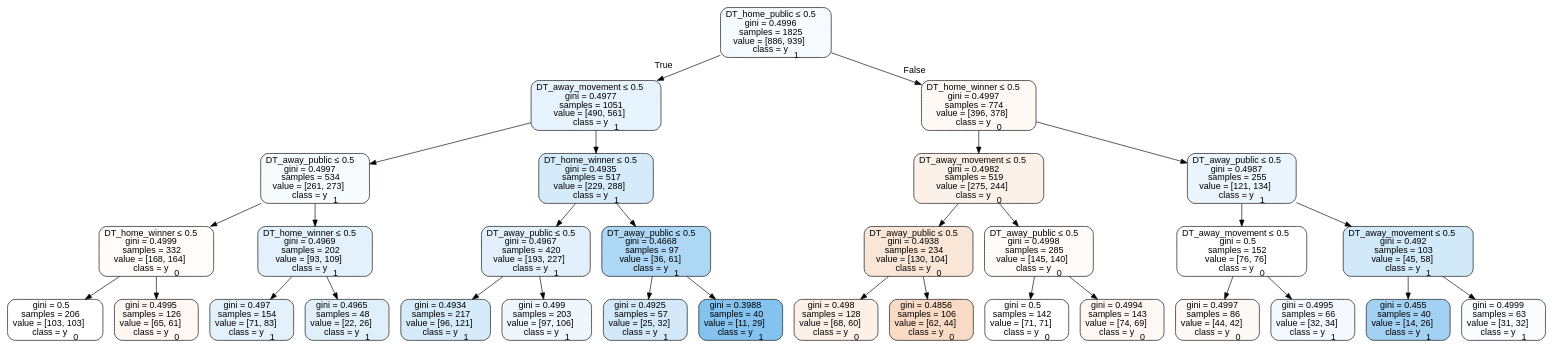
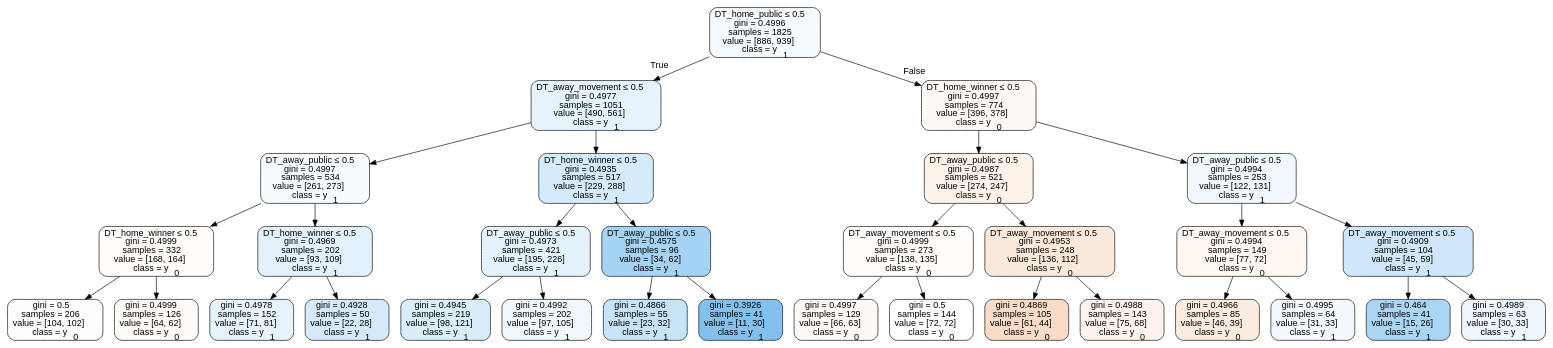
One commit to usbogie/ncaa-bets changed the diagram in tree_data/tree2015neutral.dot. Above: the diagram before and after it, drawn with Graphviz. The commit also changed 32 other files, not shown here.

```diff
--- a/tree_data/tree2015neutral.dot
+++ b/tree_data/tree2015neutral.dot
@@ -1,65 +1,65 @@
 digraph Tree {
 node [shape=box, style="filled, rounded", color="black", fontname=helvetica] ;
 edge [fontname=helvetica] ;
 0 [label=<DT_home_public &le; 0.5<br/>gini = 0.4996<br/>samples = 1825<br/>value = [886, 939]<br/>class = y<SUB>1</SUB>>, fillcolor="#399de50e"] ;
 1 [label=<DT_away_movement &le; 0.5<br/>gini = 0.4977<br/>samples = 1051<br/>value = [490, 561]<br/>class = y<SUB>1</SUB>>, fillcolor="#399de520"] ;
 0 -> 1 [labeldistance=2.5, labelangle=45, headlabel="True"] ;
 2 [label=<DT_away_public &le; 0.5<br/>gini = 0.4997<br/>samples = 534<br/>value = [261, 273]<br/>class = y<SUB>1</SUB>>, fillcolor="#399de50b"] ;
 1 -> 2 ;
 3 [label=<DT_home_winner &le; 0.5<br/>gini = 0.4999<br/>samples = 332<br/>value = [168, 164]<br/>class = y<SUB>0</SUB>>, fillcolor="#e5813906"] ;
 2 -> 3 ;
-4 [label=<gini = 0.5<br/>samples = 206<br/>value = [103, 103]<br/>class = y<SUB>0</SUB>>, fillcolor="#e5813900"] ;
+4 [label=<gini = 0.5<br/>samples = 206<br/>value = [104, 102]<br/>class = y<SUB>0</SUB>>, fillcolor="#e5813905"] ;
 3 -> 4 ;
-5 [label=<gini = 0.4995<br/>samples = 126<br/>value = [65, 61]<br/>class = y<SUB>0</SUB>>, fillcolor="#e5813910"] ;
+5 [label=<gini = 0.4999<br/>samples = 126<br/>value = [64, 62]<br/>class = y<SUB>0</SUB>>, fillcolor="#e5813908"] ;
 3 -> 5 ;
 6 [label=<DT_home_winner &le; 0.5<br/>gini = 0.4969<br/>samples = 202<br/>value = [93, 109]<br/>class = y<SUB>1</SUB>>, fillcolor="#399de525"] ;
 2 -> 6 ;
-7 [label=<gini = 0.497<br/>samples = 154<br/>value = [71, 83]<br/>class = y<SUB>1</SUB>>, fillcolor="#399de525"] ;
+7 [label=<gini = 0.4978<br/>samples = 152<br/>value = [71, 81]<br/>class = y<SUB>1</SUB>>, fillcolor="#399de51f"] ;
 6 -> 7 ;
-8 [label=<gini = 0.4965<br/>samples = 48<br/>value = [22, 26]<br/>class = y<SUB>1</SUB>>, fillcolor="#399de527"] ;
+8 [label=<gini = 0.4928<br/>samples = 50<br/>value = [22, 28]<br/>class = y<SUB>1</SUB>>, fillcolor="#399de537"] ;
 6 -> 8 ;
 9 [label=<DT_home_winner &le; 0.5<br/>gini = 0.4935<br/>samples = 517<br/>value = [229, 288]<br/>class = y<SUB>1</SUB>>, fillcolor="#399de534"] ;
 1 -> 9 ;
-10 [label=<DT_away_public &le; 0.5<br/>gini = 0.4967<br/>samples = 420<br/>value = [193, 227]<br/>class = y<SUB>1</SUB>>, fillcolor="#399de526"] ;
+10 [label=<DT_away_public &le; 0.5<br/>gini = 0.4973<br/>samples = 421<br/>value = [195, 226]<br/>class = y<SUB>1</SUB>>, fillcolor="#399de523"] ;
 9 -> 10 ;
-11 [label=<gini = 0.4934<br/>samples = 217<br/>value = [96, 121]<br/>class = y<SUB>1</SUB>>, fillcolor="#399de535"] ;
+11 [label=<gini = 0.4945<br/>samples = 219<br/>value = [98, 121]<br/>class = y<SUB>1</SUB>>, fillcolor="#399de530"] ;
 10 -> 11 ;
-12 [label=<gini = 0.499<br/>samples = 203<br/>value = [97, 106]<br/>class = y<SUB>1</SUB>>, fillcolor="#399de516"] ;
+12 [label=<gini = 0.4992<br/>samples = 202<br/>value = [97, 105]<br/>class = y<SUB>1</SUB>>, fillcolor="#399de513"] ;
 10 -> 12 ;
-13 [label=<DT_away_public &le; 0.5<br/>gini = 0.4668<br/>samples = 97<br/>value = [36, 61]<br/>class = y<SUB>1</SUB>>, fillcolor="#399de569"] ;
+13 [label=<DT_away_public &le; 0.5<br/>gini = 0.4575<br/>samples = 96<br/>value = [34, 62]<br/>class = y<SUB>1</SUB>>, fillcolor="#399de573"] ;
 9 -> 13 ;
-14 [label=<gini = 0.4925<br/>samples = 57<br/>value = [25, 32]<br/>class = y<SUB>1</SUB>>, fillcolor="#399de538"] ;
+14 [label=<gini = 0.4866<br/>samples = 55<br/>value = [23, 32]<br/>class = y<SUB>1</SUB>>, fillcolor="#399de548"] ;
 13 -> 14 ;
-15 [label=<gini = 0.3988<br/>samples = 40<br/>value = [11, 29]<br/>class = y<SUB>1</SUB>>, fillcolor="#399de59e"] ;
+15 [label=<gini = 0.3926<br/>samples = 41<br/>value = [11, 30]<br/>class = y<SUB>1</SUB>>, fillcolor="#399de5a1"] ;
 13 -> 15 ;
 16 [label=<DT_home_winner &le; 0.5<br/>gini = 0.4997<br/>samples = 774<br/>value = [396, 378]<br/>class = y<SUB>0</SUB>>, fillcolor="#e581390c"] ;
 0 -> 16 [labeldistance=2.5, labelangle=-45, headlabel="False"] ;
-17 [label=<DT_away_movement &le; 0.5<br/>gini = 0.4982<br/>samples = 519<br/>value = [275, 244]<br/>class = y<SUB>0</SUB>>, fillcolor="#e581391d"] ;
+17 [label=<DT_away_public &le; 0.5<br/>gini = 0.4987<br/>samples = 521<br/>value = [274, 247]<br/>class = y<SUB>0</SUB>>, fillcolor="#e5813919"] ;
 16 -> 17 ;
-18 [label=<DT_away_public &le; 0.5<br/>gini = 0.4938<br/>samples = 234<br/>value = [130, 104]<br/>class = y<SUB>0</SUB>>, fillcolor="#e5813933"] ;
+18 [label=<DT_away_movement &le; 0.5<br/>gini = 0.4999<br/>samples = 273<br/>value = [138, 135]<br/>class = y<SUB>0</SUB>>, fillcolor="#e5813906"] ;
 17 -> 18 ;
-19 [label=<gini = 0.498<br/>samples = 128<br/>value = [68, 60]<br/>class = y<SUB>0</SUB>>, fillcolor="#e581391e"] ;
+19 [label=<gini = 0.4997<br/>samples = 129<br/>value = [66, 63]<br/>class = y<SUB>0</SUB>>, fillcolor="#e581390c"] ;
 18 -> 19 ;
-20 [label=<gini = 0.4856<br/>samples = 106<br/>value = [62, 44]<br/>class = y<SUB>0</SUB>>, fillcolor="#e581394a"] ;
+20 [label=<gini = 0.5<br/>samples = 144<br/>value = [72, 72]<br/>class = y<SUB>0</SUB>>, fillcolor="#e5813900"] ;
 18 -> 20 ;
-21 [label=<DT_away_public &le; 0.5<br/>gini = 0.4998<br/>samples = 285<br/>value = [145, 140]<br/>class = y<SUB>0</SUB>>, fillcolor="#e5813909"] ;
+21 [label=<DT_away_movement &le; 0.5<br/>gini = 0.4953<br/>samples = 248<br/>value = [136, 112]<br/>class = y<SUB>0</SUB>>, fillcolor="#e581392d"] ;
 17 -> 21 ;
-22 [label=<gini = 0.5<br/>samples = 142<br/>value = [71, 71]<br/>class = y<SUB>0</SUB>>, fillcolor="#e5813900"] ;
+22 [label=<gini = 0.4869<br/>samples = 105<br/>value = [61, 44]<br/>class = y<SUB>0</SUB>>, fillcolor="#e5813947"] ;
 21 -> 22 ;
-23 [label=<gini = 0.4994<br/>samples = 143<br/>value = [74, 69]<br/>class = y<SUB>0</SUB>>, fillcolor="#e5813911"] ;
+23 [label=<gini = 0.4988<br/>samples = 143<br/>value = [75, 68]<br/>class = y<SUB>0</SUB>>, fillcolor="#e5813918"] ;
 21 -> 23 ;
-24 [label=<DT_away_public &le; 0.5<br/>gini = 0.4987<br/>samples = 255<br/>value = [121, 134]<br/>class = y<SUB>1</SUB>>, fillcolor="#399de519"] ;
+24 [label=<DT_away_public &le; 0.5<br/>gini = 0.4994<br/>samples = 253<br/>value = [122, 131]<br/>class = y<SUB>1</SUB>>, fillcolor="#399de512"] ;
 16 -> 24 ;
-25 [label=<DT_away_movement &le; 0.5<br/>gini = 0.5<br/>samples = 152<br/>value = [76, 76]<br/>class = y<SUB>0</SUB>>, fillcolor="#e5813900"] ;
+25 [label=<DT_away_movement &le; 0.5<br/>gini = 0.4994<br/>samples = 149<br/>value = [77, 72]<br/>class = y<SUB>0</SUB>>, fillcolor="#e5813911"] ;
 24 -> 25 ;
-26 [label=<gini = 0.4997<br/>samples = 86<br/>value = [44, 42]<br/>class = y<SUB>0</SUB>>, fillcolor="#e581390c"] ;
+26 [label=<gini = 0.4966<br/>samples = 85<br/>value = [46, 39]<br/>class = y<SUB>0</SUB>>, fillcolor="#e5813927"] ;
 25 -> 26 ;
-27 [label=<gini = 0.4995<br/>samples = 66<br/>value = [32, 34]<br/>class = y<SUB>1</SUB>>, fillcolor="#399de50f"] ;
+27 [label=<gini = 0.4995<br/>samples = 64<br/>value = [31, 33]<br/>class = y<SUB>1</SUB>>, fillcolor="#399de50f"] ;
 25 -> 27 ;
-28 [label=<DT_away_movement &le; 0.5<br/>gini = 0.492<br/>samples = 103<br/>value = [45, 58]<br/>class = y<SUB>1</SUB>>, fillcolor="#399de539"] ;
+28 [label=<DT_away_movement &le; 0.5<br/>gini = 0.4909<br/>samples = 104<br/>value = [45, 59]<br/>class = y<SUB>1</SUB>>, fillcolor="#399de53d"] ;
 24 -> 28 ;
-29 [label=<gini = 0.455<br/>samples = 40<br/>value = [14, 26]<br/>class = y<SUB>1</SUB>>, fillcolor="#399de576"] ;
+29 [label=<gini = 0.464<br/>samples = 41<br/>value = [15, 26]<br/>class = y<SUB>1</SUB>>, fillcolor="#399de56c"] ;
 28 -> 29 ;
-30 [label=<gini = 0.4999<br/>samples = 63<br/>value = [31, 32]<br/>class = y<SUB>1</SUB>>, fillcolor="#399de508"] ;
+30 [label=<gini = 0.4989<br/>samples = 63<br/>value = [30, 33]<br/>class = y<SUB>1</SUB>>, fillcolor="#399de517"] ;
 28 -> 30 ;
 }
```
